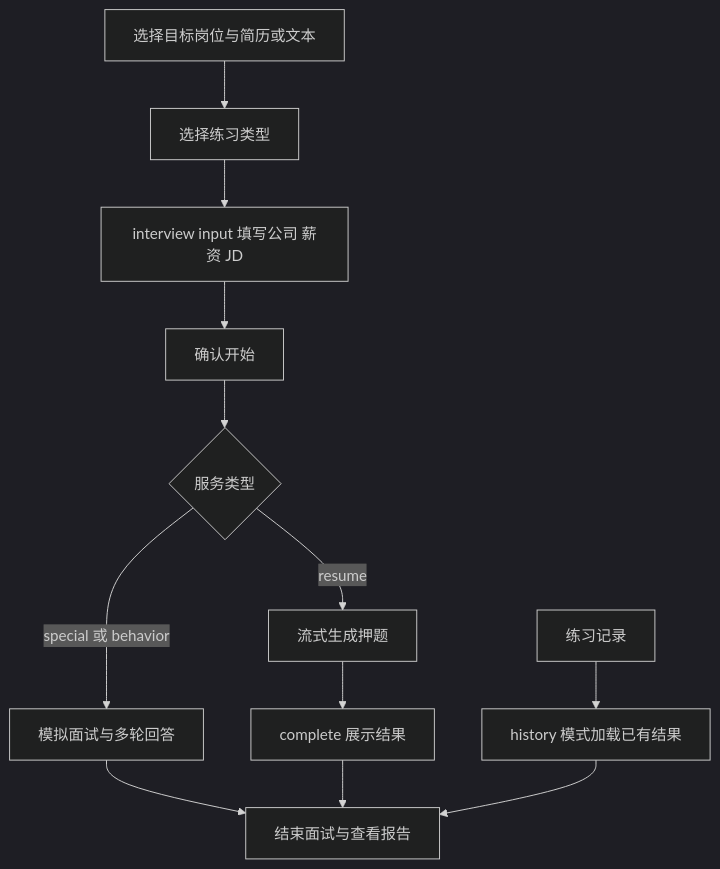
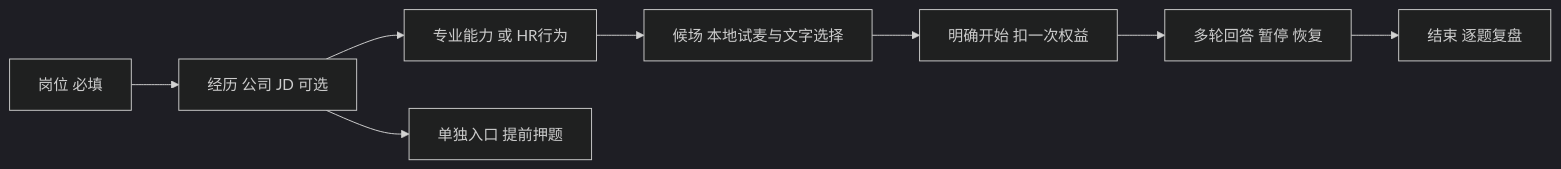
Before and after one commit to KlayPeter/man-shi-mai: the first of 2 diagrams in apps/web/src/app/interview/Agent.md, drawn with Mermaid (dark theme). The commit also changed other lines of this file and 11 other files, not shown here.

````diff
--- a/apps/web/src/app/interview/Agent.md
+++ b/apps/web/src/app/interview/Agent.md
@@ -5,14 +5,10 @@
 ```mermaid
-flowchart TD
-    A[选择目标岗位与简历或文本] --> B[选择练习类型]
-    B --> C[interview input 填写公司 薪资 JD]
-    C --> D[确认开始]
-    D --> E{服务类型}
-    E -->|resume| F[流式生成押题]
-    E -->|special 或 behavior| G[模拟面试与多轮回答]
-    F --> H[complete 展示结果]
-    G --> I[结束面试与查看报告]
-    H --> I
-    J[练习记录] --> K[history 模式加载已有结果]
-    K --> I
+flowchart LR
+    A[岗位 必填] --> B[经历 公司 JD 可选]
+    B --> C[专业能力 或 HR行为]
+    C --> D[候场 本地试麦与文字选择]
+    D --> E[明确开始 扣一次权益]
+    E --> F[多轮回答 暂停 恢复]
+    F --> G[结束 逐题复盘]
+    B --> H[单独入口 提前押题]
 ```
````
